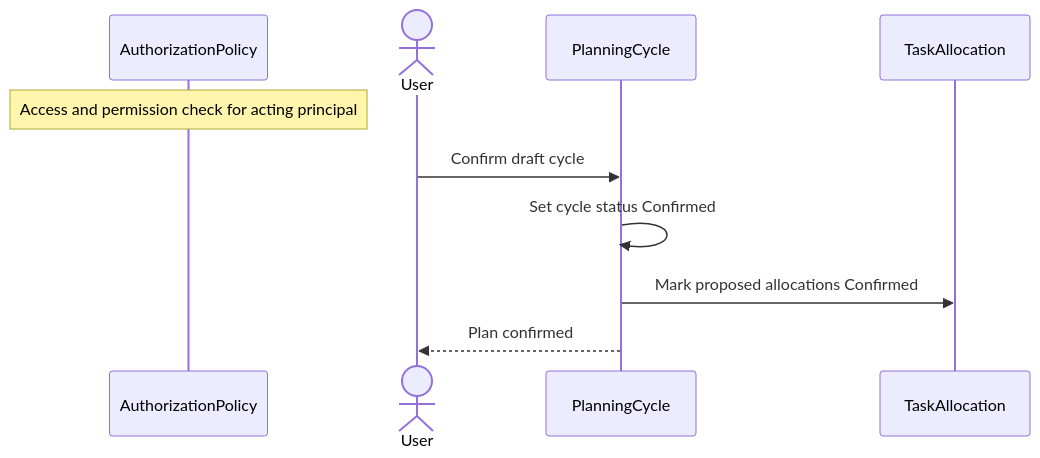
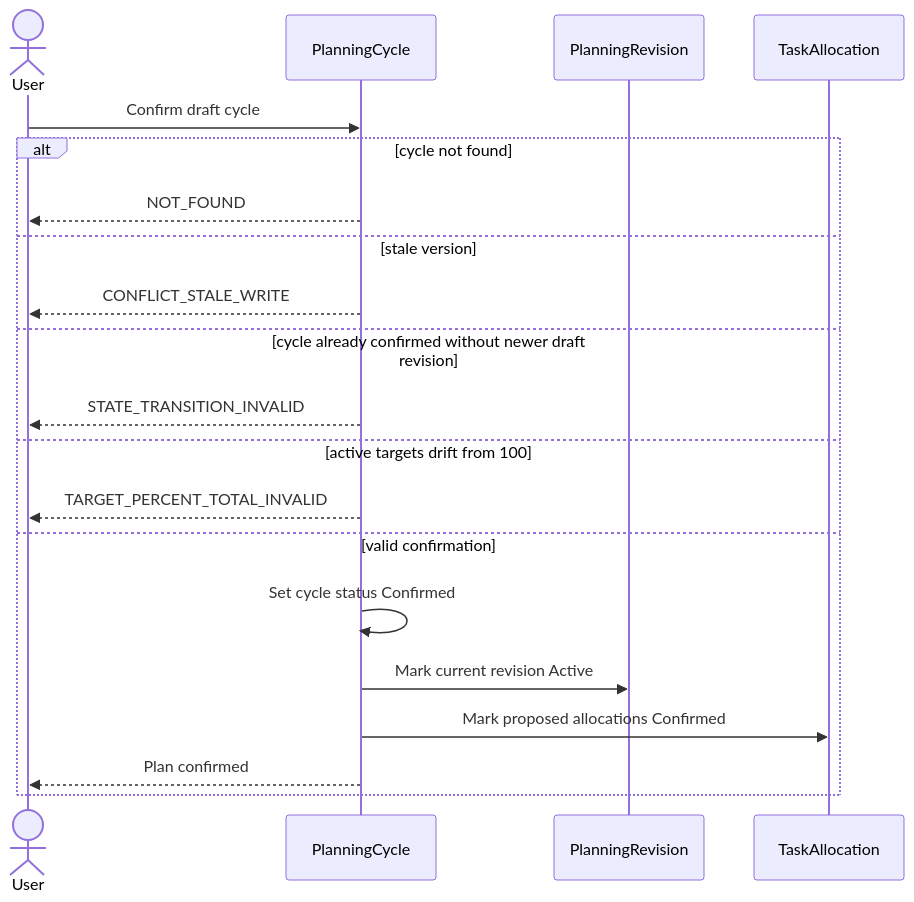
The seventh of 11 diagrams in architecture/sequence-diagrams/04-availability-planning.md (ChidiRnweke/margin), drawn with Mermaid before and after one commit. The commit also changed other lines of this file and 12 other files, not shown here.

Commit message:
Enhance sequence diagrams and introduce traceability matrix

````diff
--- a/architecture/sequence-diagrams/04-availability-planning.md
+++ b/architecture/sequence-diagrams/04-availability-planning.md
@@ -109,12 +138,22 @@
 ```mermaid
 sequenceDiagram
-    participant G as AuthorizationPolicy
-    Note over G: Access and permission check for acting principal
     actor U as User
     participant C as PlanningCycle
+    participant R as PlanningRevision
     participant A as TaskAllocation
     U->>C: Confirm draft cycle
-    C->>C: Set cycle status Confirmed
-    C->>A: Mark proposed allocations Confirmed
-    C-->>U: Plan confirmed
+    alt cycle not found
+        C-->>U: NOT_FOUND
+    else stale version
+        C-->>U: CONFLICT_STALE_WRITE
+    else cycle already confirmed without newer draft revision
+        C-->>U: STATE_TRANSITION_INVALID
+    else active targets drift from 100
+        C-->>U: TARGET_PERCENT_TOTAL_INVALID
+    else valid confirmation
+        C->>C: Set cycle status Confirmed
+        C->>R: Mark current revision Active
+        C->>A: Mark proposed allocations Confirmed
+        C-->>U: Plan confirmed
+    end
 ```
````
